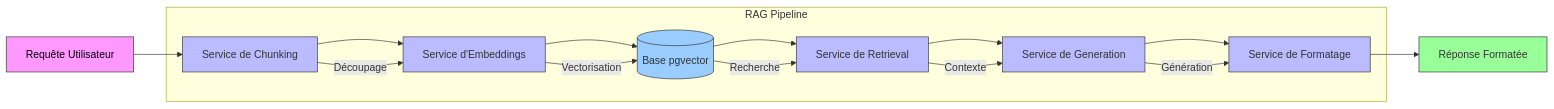
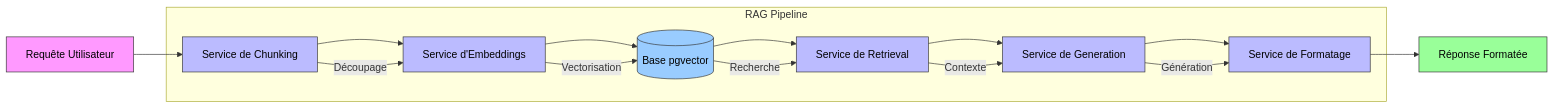
Before and after one commit to Netchard/NexiaMindAi: the second of 8 diagrams in docs/NexiaMindAi-Synthèse.md, drawn with Mermaid. The commit also changed other lines of this file and 44 other files, not shown here.

````diff
--- a/docs/NexiaMindAi-Synthèse.md
+++ b/docs/NexiaMindAi-Synthèse.md
@@ -141,27 +141,27 @@
 ```mermaid
 flowchart LR
     A[Requête Utilisateur] --> B[Service de Chunking]
     B --> C[Service d'Embeddings]
     C --> D[(Base pgvector)]
     D --> E[Service de Retrieval]
     E --> F[Service de Generation]
     F --> G[Service de Formatage]
     G --> H[Réponse Formatée]
     
     subgraph RAG Pipeline
     B -->|Découpage| C
     C -->|Vectorisation| D
     D -->|Recherche| E
     E -->|Contexte| F
     F -->|Génération| G
     end
     
     style A fill:#f9f,stroke:#333,color:#000
-    style H fill:#9f9,stroke:#333
-    style B fill:#bbf,stroke:#333
-    style C fill:#bbf,stroke:#333
-    style D fill:#9cf,stroke:#333
-    style E fill:#bbf,stroke:#333
-    style F fill:#bbf,stroke:#333
-    style G fill:#bbf,stroke:#333
+    style H fill:#9f9,stroke:#333,color:#000
+    style B fill:#bbf,stroke:#333,color:#000
+    style C fill:#bbf,stroke:#333,color:#000
+    style D fill:#9cf,stroke:#333,color:#000
+    style E fill:#bbf,stroke:#333,color:#000
+    style F fill:#bbf,stroke:#333,color:#000
+    style G fill:#bbf,stroke:#333,color:#000
 ```
````
